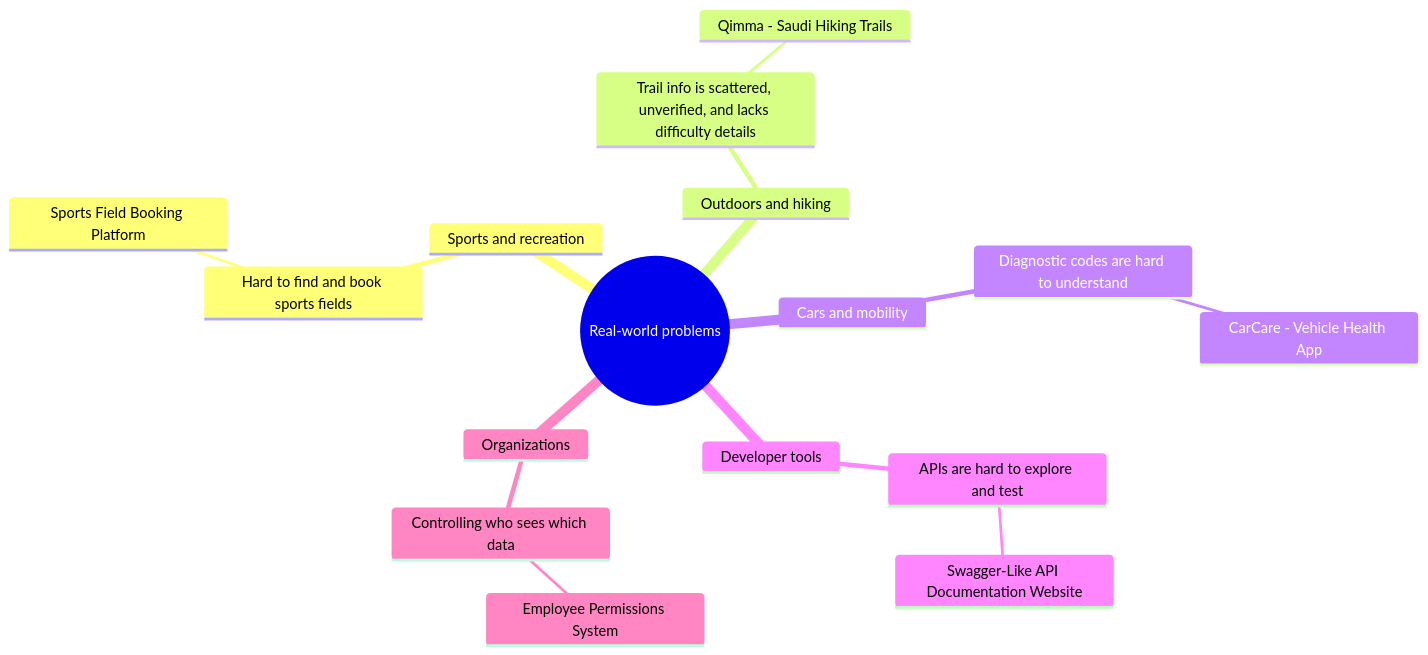
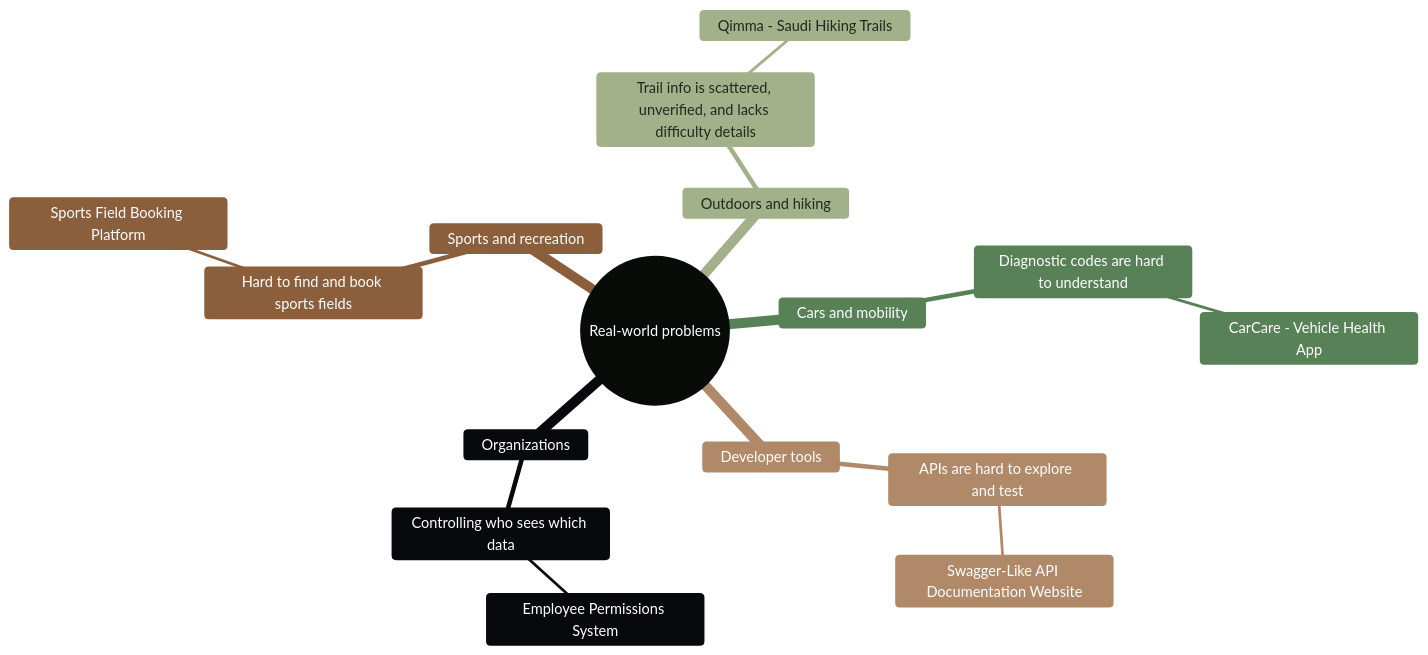
One commit to RahafN1/Portfolio-Project changed the diagram in Stage1/README.md. Above: the diagram before and after it, drawn with Mermaid.

Commit message:
Add mind map section to README
Added a mind map section with a theme configuration for visualization.

````diff
--- a/Stage1/README.md
+++ b/Stage1/README.md
@@ -88,19 +88,27 @@
 ```mermaid
+%%{init: {'theme': 'base', 'themeVariables': {
+  'cScale0': '#7a9e7e', 'cScaleLabel0': '#ffffff',
+  'cScale1': '#8b5e3c', 'cScaleLabel1': '#ffffff',
+  'cScale2': '#a3b18a', 'cScaleLabel2': '#1f2a1f',
+  'cScale3': '#588157', 'cScaleLabel3': '#ffffff',
+  'cScale4': '#b08968', 'cScaleLabel4': '#ffffff',
+  'primaryColor': '#3a5a40', 'primaryTextColor': '#ffffff'
+}}}%%
 mindmap
   root((Real-world problems))
     Sports and recreation
       Hard to find and book sports fields
         Sports Field Booking Platform
     Outdoors and hiking
       Trail info is scattered, unverified, and lacks difficulty details
         Qimma - Saudi Hiking Trails
     Cars and mobility
       Diagnostic codes are hard to understand
         CarCare - Vehicle Health App
     Developer tools
       APIs are hard to explore and test
         Swagger-Like API Documentation Website
     Organizations
       Controlling who sees which data
         Employee Permissions System
 ```
````
